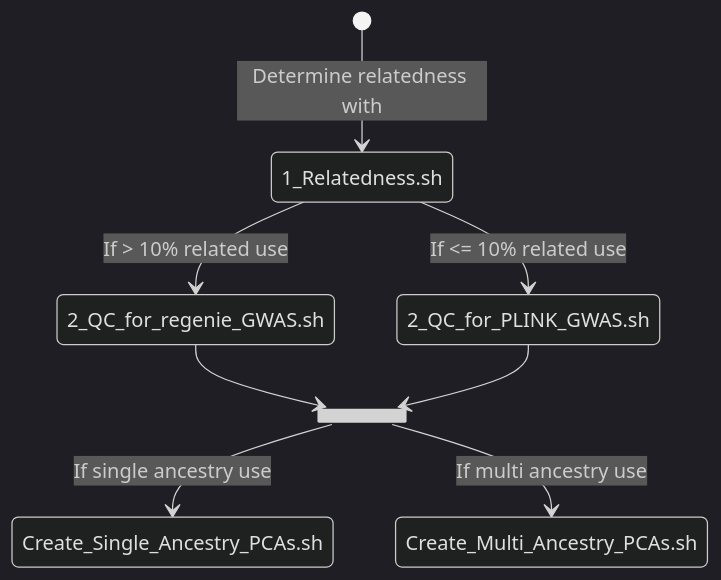
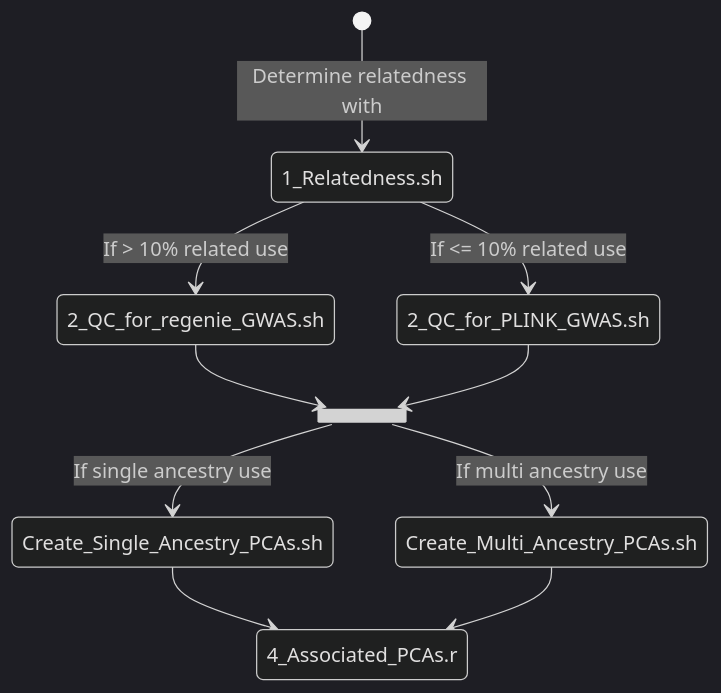
One commit to psychiatric-genomics-consortium/sex-stratified-depression changed the diagram in README.md. Above: the diagram before and after it, drawn with Mermaid (dark theme). The commit also changed other lines of this file, not shown here.

````diff
--- a/README.md
+++ b/README.md
@@ -14,11 +14,13 @@
 ```mermaid
 stateDiagram-v2
  state anc <<join>>
  [*] --> 1_Relatedness.sh : Determine relatedness with
  1_Relatedness.sh --> 2_QC_for_regenie_GWAS.sh : If > 10% related use
  1_Relatedness.sh --> 2_QC_for_PLINK_GWAS.sh : If <= 10% related use
  2_QC_for_regenie_GWAS.sh --> anc
  2_QC_for_PLINK_GWAS.sh --> anc
  anc --> Create_Single_Ancestry_PCAs.sh : If single ancestry use
  anc --> Create_Multi_Ancestry_PCAs.sh : If multi ancestry use
+ Create_Single_Ancestry_PCAs.sh --> 4_Associated_PCAs.r
+ Create_Multi_Ancestry_PCAs.sh --> 4_Associated_PCAs.r
 ```
````
